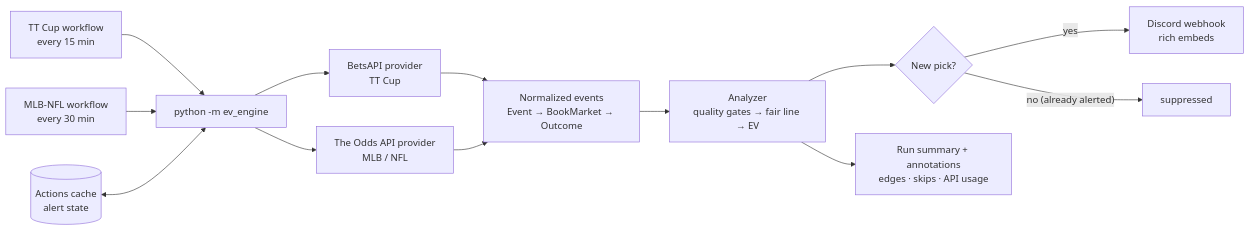
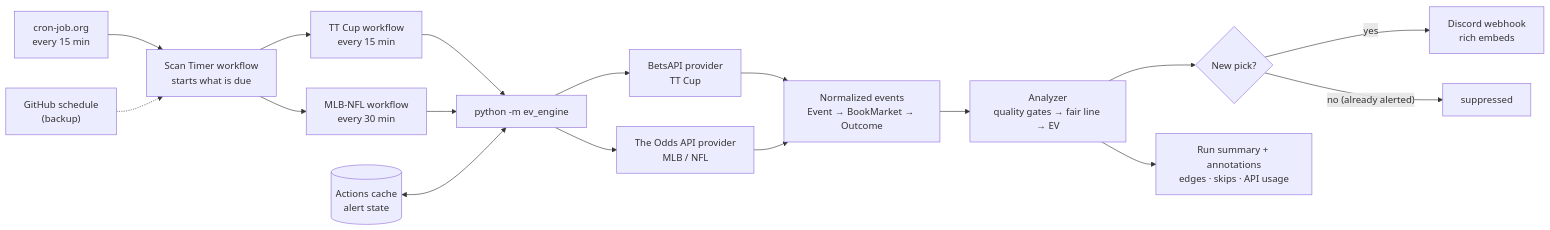
Before and after one commit to stardust1327/tt-ev-engine: the diagram in README.md, drawn with Mermaid. The commit also changed other lines of this file and 4 other files, not shown here.

First line of the commit message:
Start scans from a Scan Timer instead of GitHub's schedule

````diff
--- a/README.md
+++ b/README.md
@@ -21,15 +22,19 @@
 ```mermaid
 flowchart LR
-  cron1["TT Cup workflow<br/>every 15 min"] --> cli["python -m ev_engine"]
-  cron2["MLB-NFL workflow<br/>every 30 min"] --> cli
+  ext["cron-job.org<br/>every 15 min"] --> timer["Scan Timer workflow<br/>starts what is due"]
+  backup["GitHub schedule<br/>(backup)"] -.-> timer
+  timer --> cron1["TT Cup workflow<br/>every 15 min"]
+  timer --> cron2["MLB-NFL workflow<br/>every 30 min"]
+  cron1 --> cli["python -m ev_engine"]
+  cron2 --> cli
   cache[("Actions cache<br/>alert state")] <--> cli
   cli --> p1["BetsAPI provider<br/>TT Cup"]
   cli --> p2["The Odds API provider<br/>MLB / NFL"]
   p1 --> norm["Normalized events<br/>Event → BookMarket → Outcome"]
   p2 --> norm
   norm --> an["Analyzer<br/>quality gates → fair line → EV"]
   an --> dd{"New pick?"}
   dd -- yes --> dc["Discord webhook<br/>rich embeds"]
   dd -- "no (already alerted)" --> skip["suppressed"]
   an --> sum["Run summary + annotations<br/>edges · skips · API usage"]
 ```
````
